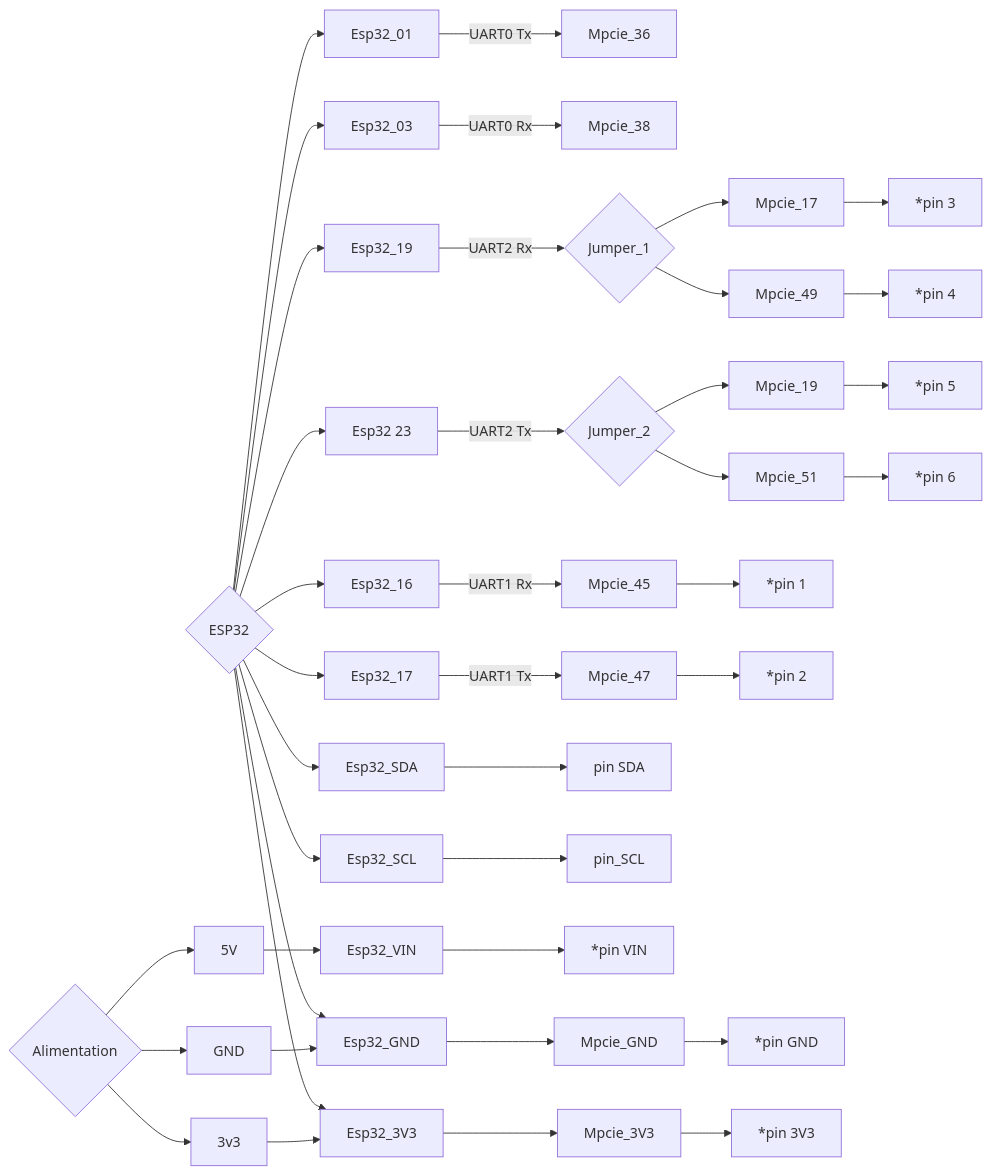
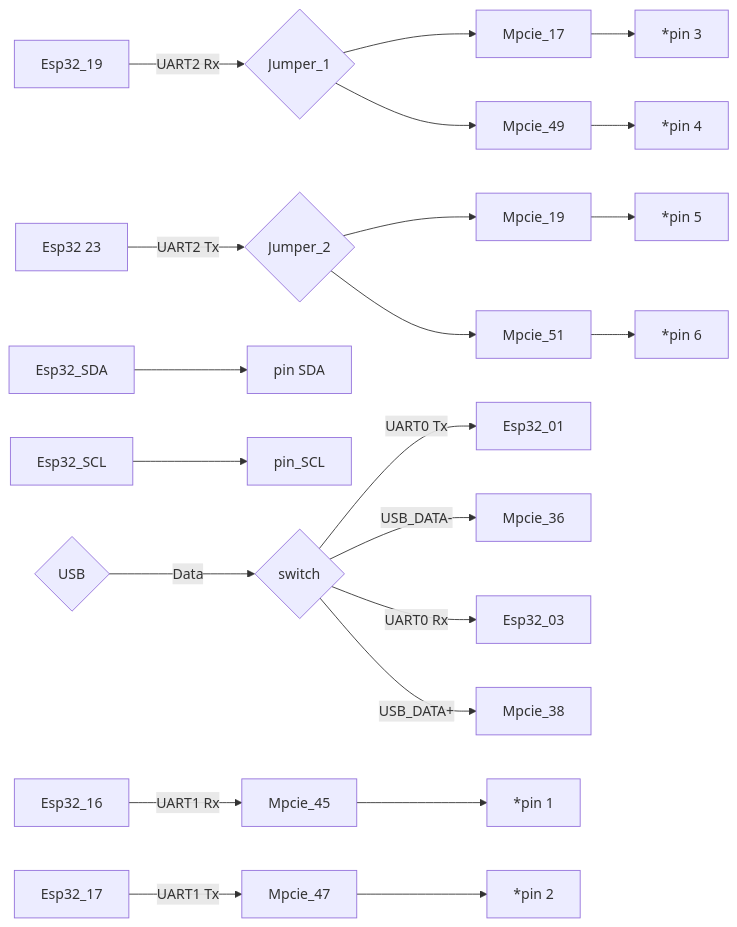
Before and after one commit to jancelin/RoverGNSS_RTK_BT_esp32_f9p: the first of 2 diagrams in v6/draft.md, drawn with Mermaid. The commit also changed other lines of this file, not shown here.

````diff
--- a/v6/draft.md
+++ b/v6/draft.md
@@ -181,46 +181,24 @@
 ```mermaid
 flowchart LR
-    00{ESP32}
-    00 --> 01
-    00 --> 02
-    00 --> 03
-    00 --> 04
-    00 --> 05
-    00 --> 06
-    00 --> 07
-    00 --> 08
-    00 --> 09
-    00 --> 10
-    01[Esp32_01] -->|UART0 Tx| 21[Mpcie_36]
-    02[Esp32_03] -->|UART0 Rx| 22[Mpcie_38]
     03[Esp32_16] -->|UART1 Rx| 23[Mpcie_45]
     23 --> 41[*pin 1]
     04[Esp32_17] -->|UART1 Tx| 24[Mpcie_47]
     24 --> 42[*pin 2]
     05[Esp32_19] -->|UART2 Rx| 60{Jumper_1}
     60 --> 25[Mpcie_17]
     60 --> 26[Mpcie_49]
     25 --> 43[*pin 3]
     26 --> 44[*pin 4]
     06[Esp32 23] -->|UART2 Tx| 62{Jumper_2}
     62 --> 27[Mpcie_19]
     62 --> 28[Mpcie_51]
     27 --> 45[*pin 5]
     28 --> 46[*pin 6]
     07[Esp32_SDA] --> 47[pin SDA]
     08[Esp32_SCL] --> 48[pin_SCL]
-    09[Esp32_GND] --> 29[Mpcie_GND]
-    29 --> 49[*pin GND]
-    10[Esp32_3V3] --> 30[Mpcie_3V3]
-    30 --> 50[*pin 3V3]
-    11[Esp32_VIN] --> 51[*pin VIN]
-    70{Alimentation}
-    70 --> 71
-    70 --> 72
-    70 --> 73
-    71[5V] --> 11
-    72[GND] --> 09
-    73[3v3] --> 10
-    
-
+    80{USB} -->|Data| 81{switch}
+    81 -->|UART0 Tx| 01[Esp32_01]
+    81 -->|USB_DATA-| 21[Mpcie_36]
+    81 -->|UART0 Rx| 02[Esp32_03]
+    81 -->|USB_DATA+| 22[Mpcie_38]
 ```
````
